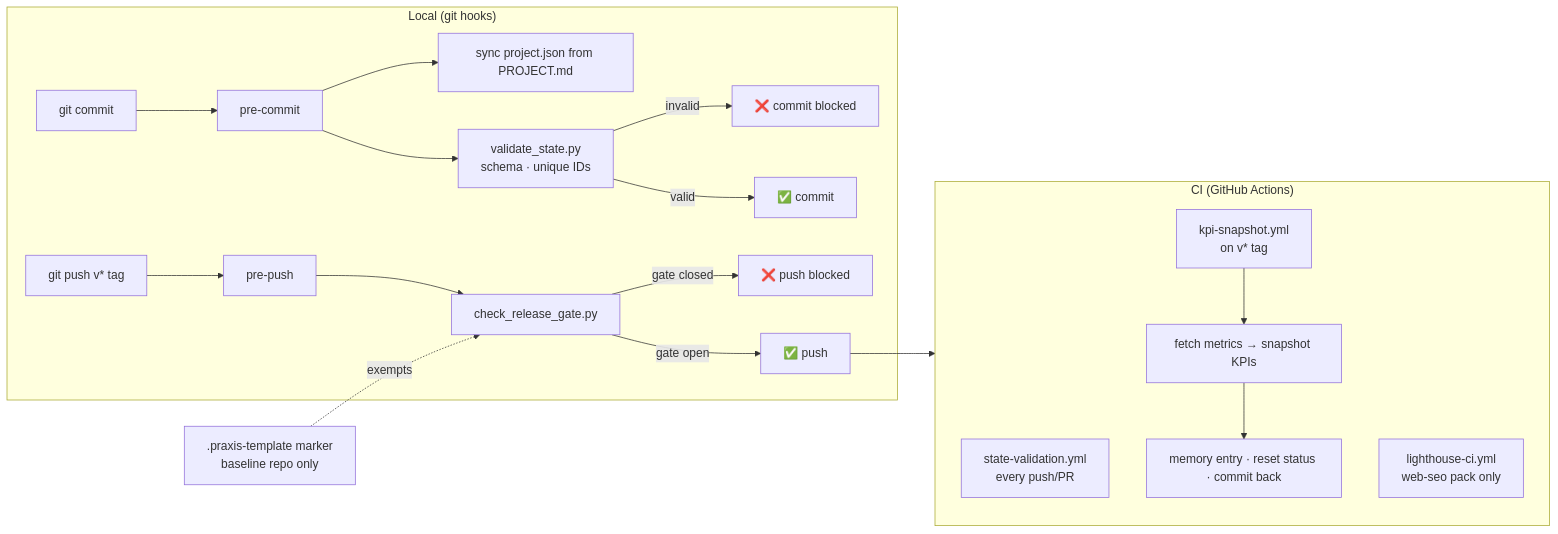
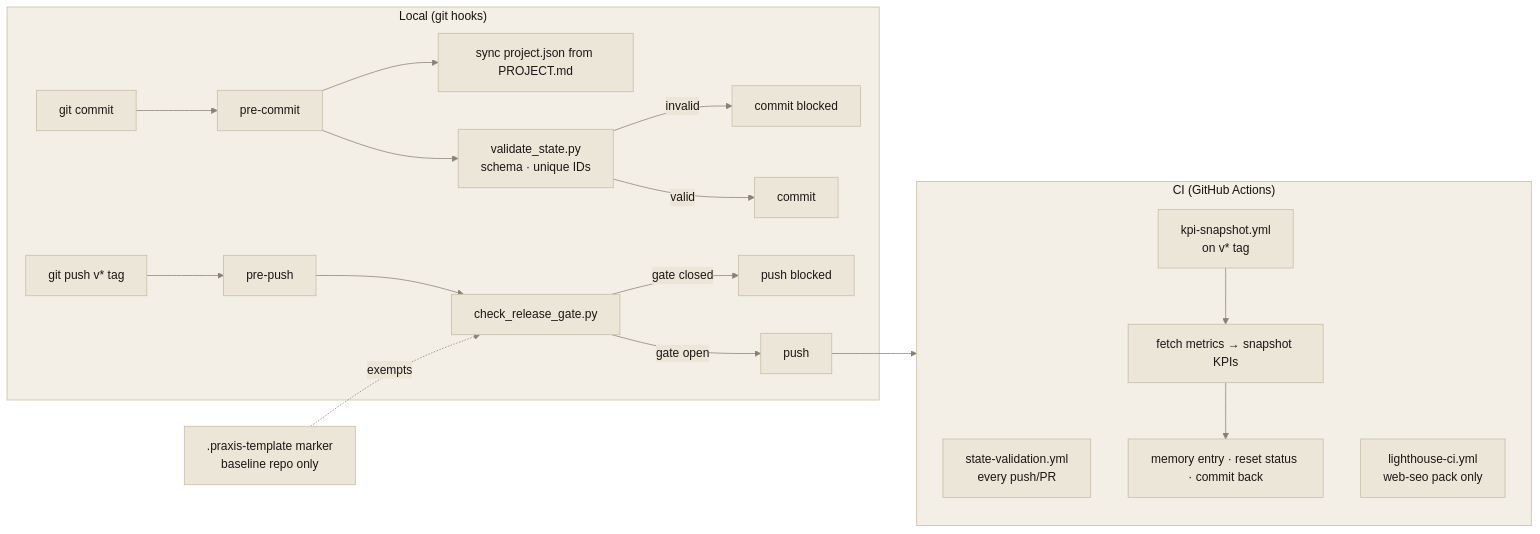
One commit to itsmarcosjreyes/praxis changed the fourth of 6 diagrams in README.md. Above: the diagram before and after it, drawn with Mermaid. The commit also changed other lines of this file and 8 other files, not shown here.

````diff
--- a/README.md
+++ b/README.md
@@ -132,25 +155,26 @@
 ```mermaid
+%%{init: {"theme":"base","themeVariables":{"primaryColor":"#ECE6D9","primaryTextColor":"#1A1714","primaryBorderColor":"#C6BCA6","lineColor":"#8A8174","clusterBkg":"#F3EFE6","clusterBorder":"#C6BCA6","edgeLabelBackground":"#ECE6D9","textColor":"#3A352E"}}}%%
 flowchart LR
     subgraph Local["Local (git hooks)"]
         CM["git commit"] --> PC["pre-commit"]
         PC --> PC1["sync project.json from PROJECT.md"]
         PC --> PC2["validate_state.py<br/>schema · unique IDs"]
-        PC2 -->|"invalid"| BLOCK1["❌ commit blocked"]
-        PC2 -->|"valid"| OK1["✅ commit"]
+        PC2 -->|"invalid"| BLOCK1["commit blocked"]
+        PC2 -->|"valid"| OK1["commit"]
         TAG["git push v* tag"] --> PP["pre-push"]
         PP --> PP1["check_release_gate.py"]
-        PP1 -->|"gate closed"| BLOCK2["❌ push blocked"]
-        PP1 -->|"gate open"| OK2["✅ push"]
+        PP1 -->|"gate closed"| BLOCK2["push blocked"]
+        PP1 -->|"gate open"| OK2["push"]
     end
 
     subgraph CI["CI (GitHub Actions)"]
         SV["state-validation.yml<br/>every push/PR"]
         LH["lighthouse-ci.yml<br/>web-seo pack only"]
         KS["kpi-snapshot.yml<br/>on v* tag"]
         KS --> KS1["fetch metrics → snapshot KPIs"]
         KS1 --> KS2["memory entry · reset status · commit back"]
     end
 
     OK2 --> CI
     TMPL[".praxis-template marker<br/>baseline repo only"] -.->|"exempts"| PP1
 ```
````
